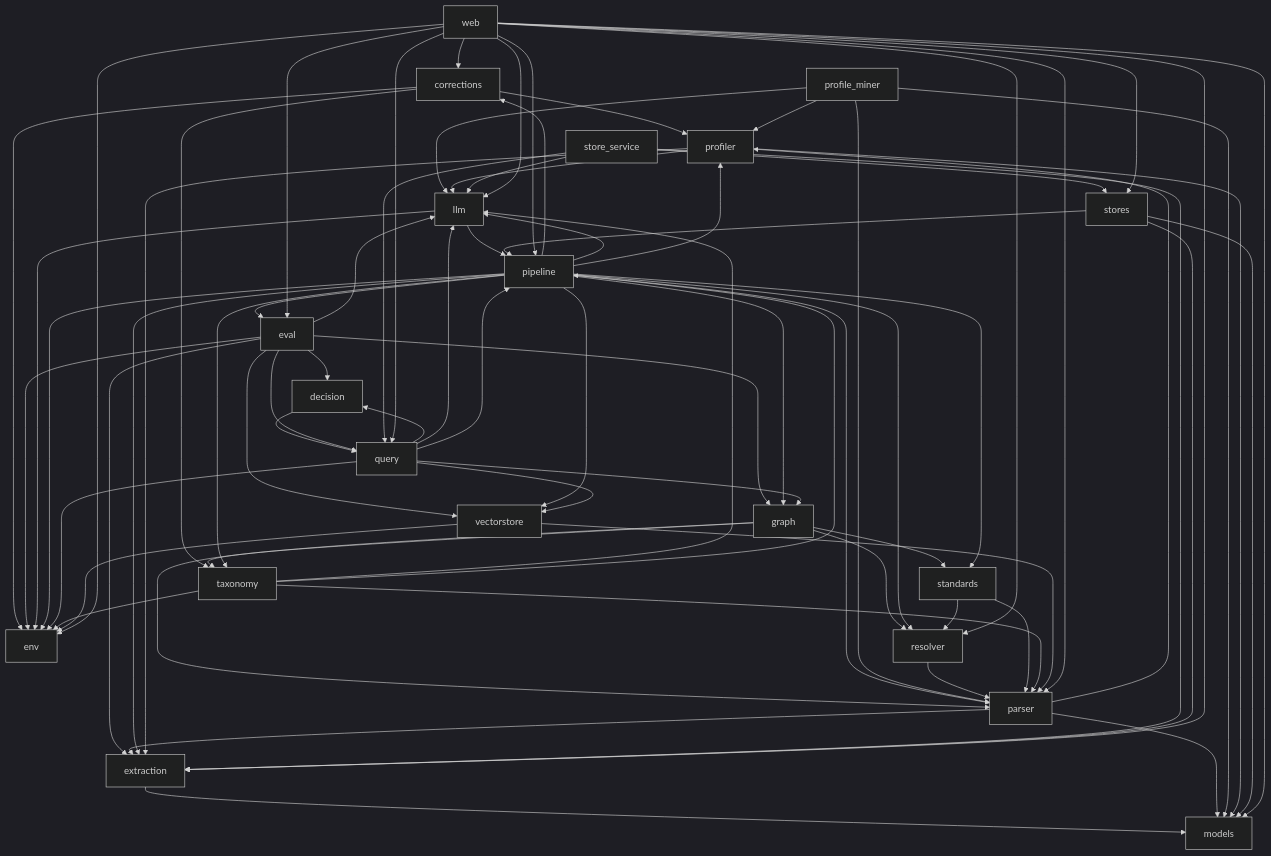
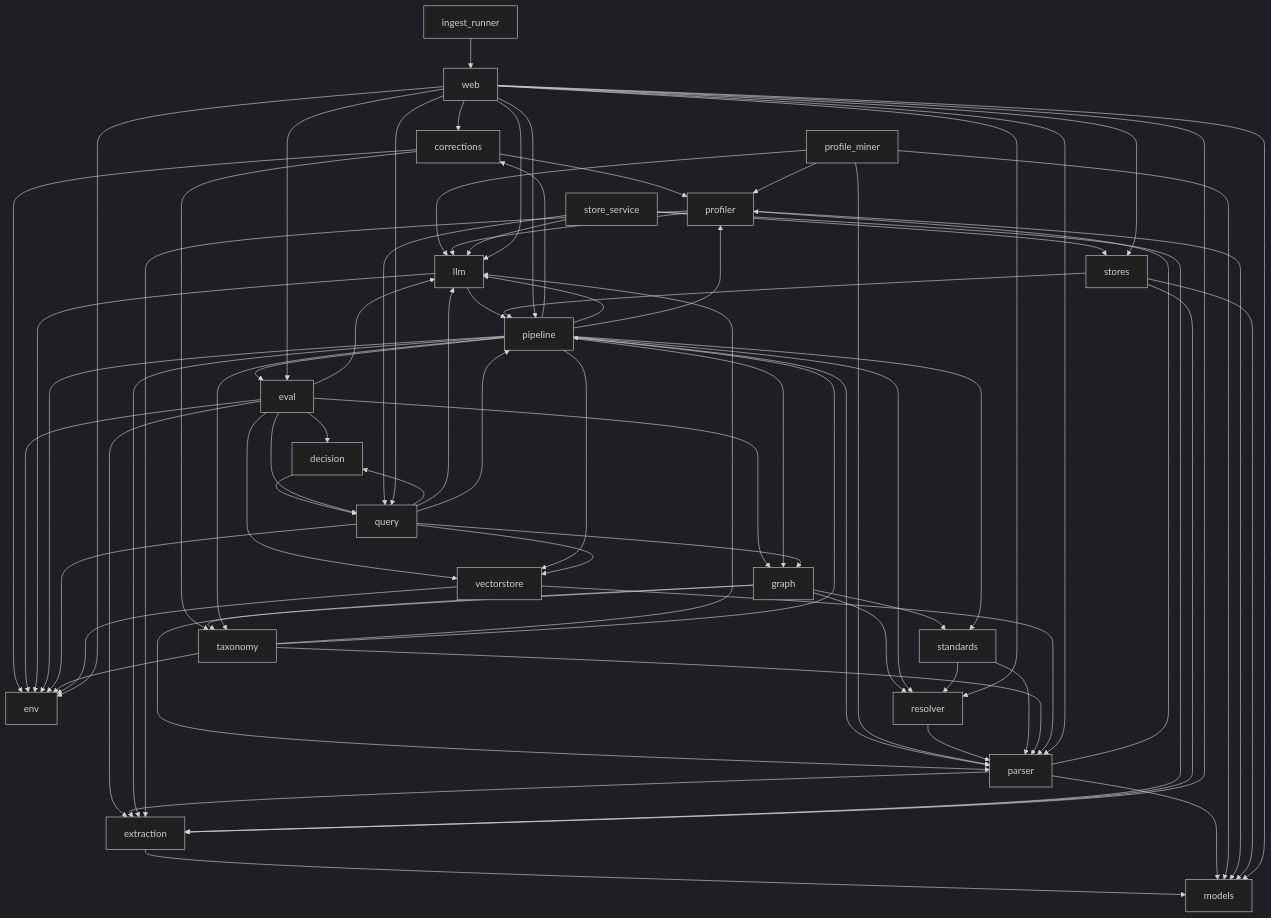
One commit to kurnoolion/nora changed the diagram in docs/compact/MAP.md. Above: the diagram before and after it, drawn with Mermaid (dark theme). The commit also changed other lines of this file and 4 other files, not shown here.

Commit message:
self-serve-ingestion: journal for 2026-11-06; D-DRAFT-12 (submits queue) and D-DRAFT-13 (event stream and webhooks); regen-map for the ingest_runner module

```diff
--- a/docs/compact/MAP.md
+++ b/docs/compact/MAP.md
@@ -37,6 +38,7 @@
     m_eval[eval]
     m_extraction[extraction]
     m_graph[graph]
+    m_ingest_runner[ingest_runner]
     m_llm[llm]
     m_models[models]
     m_parser[parser]
@@ -51,6 +53,7 @@
     m_taxonomy[taxonomy]
     m_vectorstore[vectorstore]
     m_web[web]
+
     m_corrections --> m_env
     m_corrections --> m_profiler
     m_corrections --> m_taxonomy
@@ -67,6 +70,7 @@
     m_graph --> m_resolver
     m_graph --> m_standards
     m_graph --> m_taxonomy
+    m_ingest_runner --> m_web
     m_llm --> m_env
     m_llm --> m_pipeline
     m_parser --> m_extraction
```
